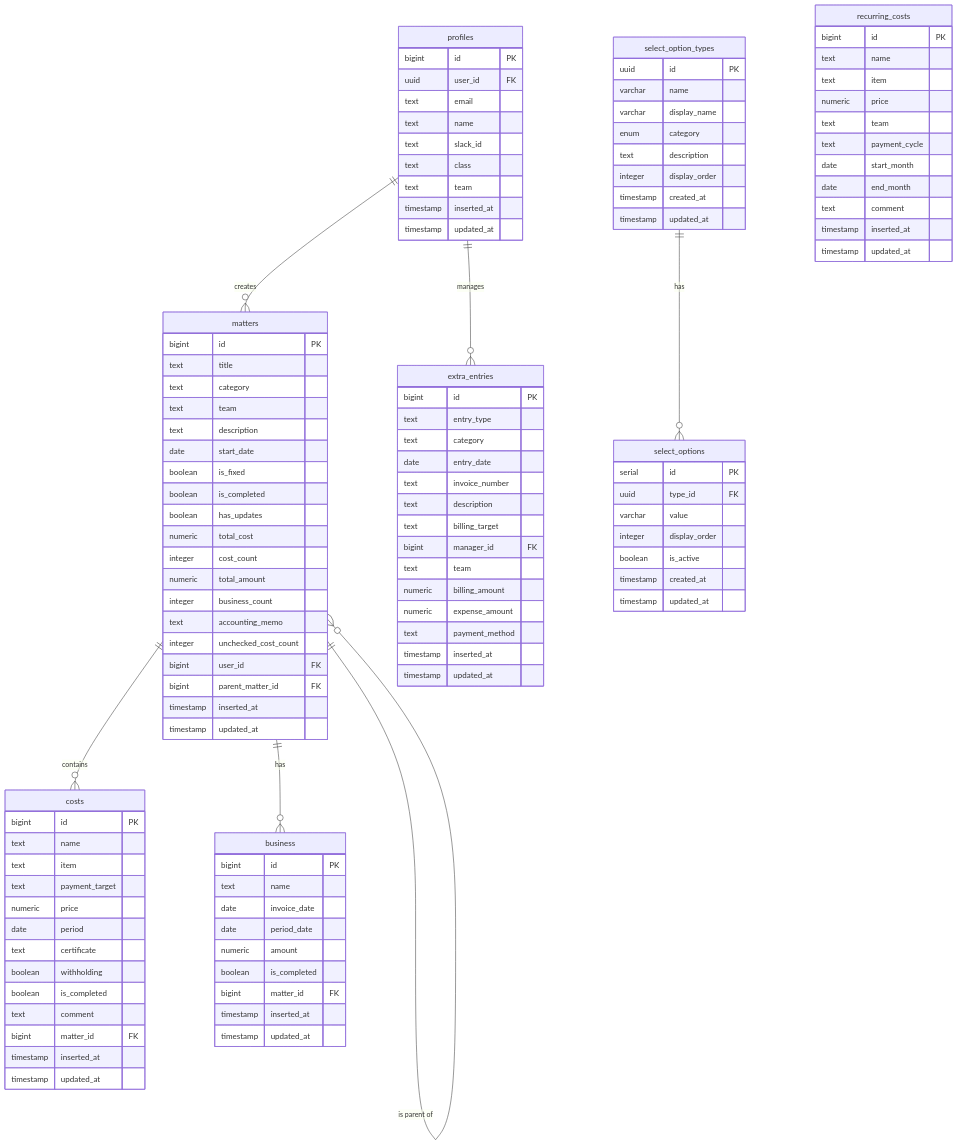
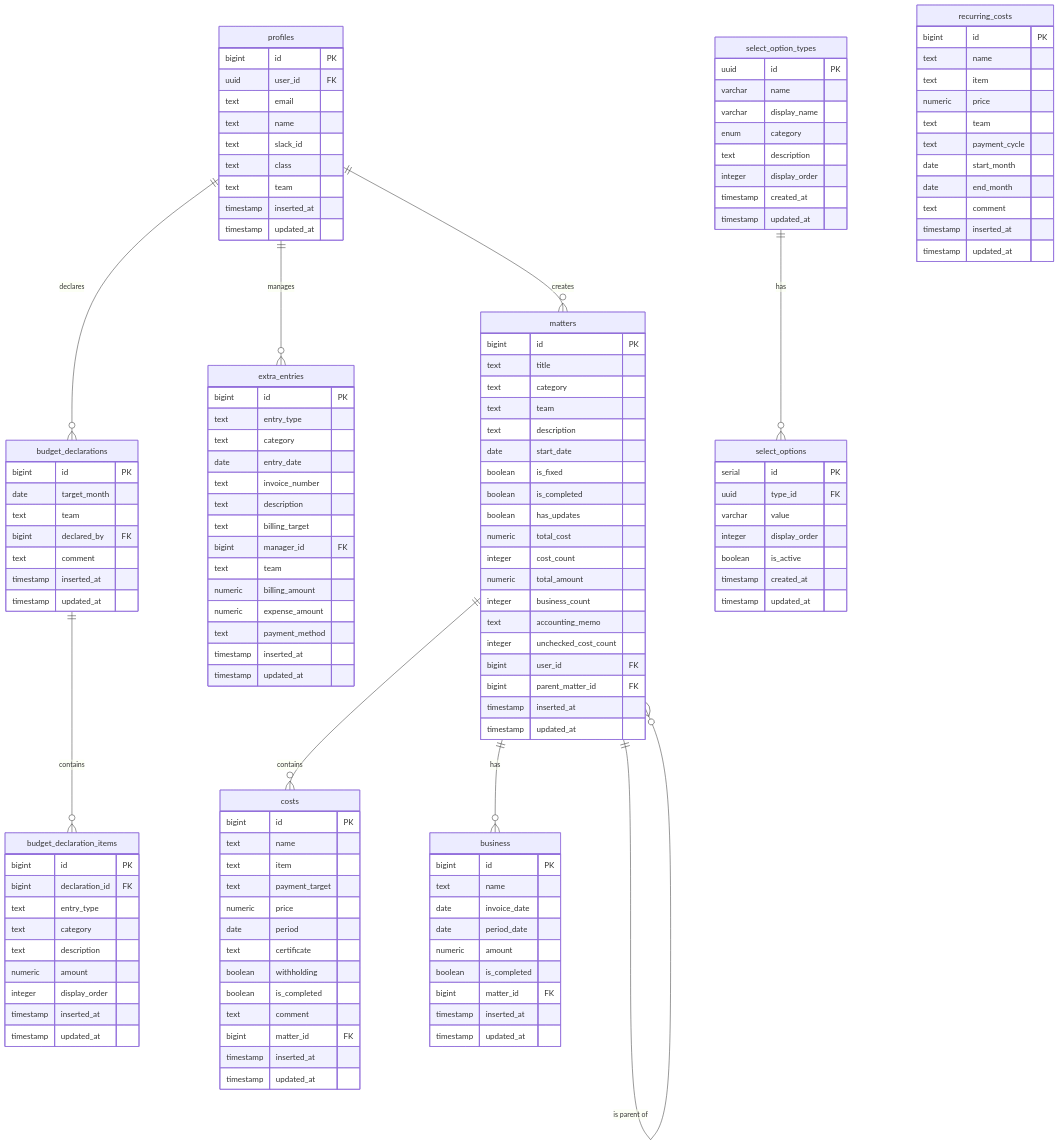
Before and after one commit to Singuralitylabs/accounting-system: the diagram in docs/database.md, drawn with Mermaid. The commit also changed other lines of this file and 2 other files, not shown here.

First line of the commit message:
feat: 事前収支申告のテーブル追加（budget_declarations / budget_declaration_items） (#89)

````diff
--- a/docs/database.md
+++ b/docs/database.md
@@ -937,6 +1114,8 @@
 erDiagram
     profiles ||--o{ matters : "creates"
     profiles ||--o{ extra_entries : "manages"
+    profiles ||--o{ budget_declarations : "declares"
+    budget_declarations ||--o{ budget_declaration_items : "contains"
     matters ||--o{ costs : "contains"
     matters ||--o{ business : "has"
     matters ||--o{ matters : "is parent of"
@@ -1055,4 +1234,26 @@
         timestamp inserted_at
         timestamp updated_at
     }
+
+    budget_declarations {
+        bigint id PK
+        date target_month
+        text team
+        bigint declared_by FK
+        text comment
+        timestamp inserted_at
+        timestamp updated_at
+    }
+
+    budget_declaration_items {
+        bigint id PK
+        bigint declaration_id FK
+        text entry_type
+        text category
+        text description
+        numeric amount
+        integer display_order
+        timestamp inserted_at
+        timestamp updated_at
+    }
 ```
````
